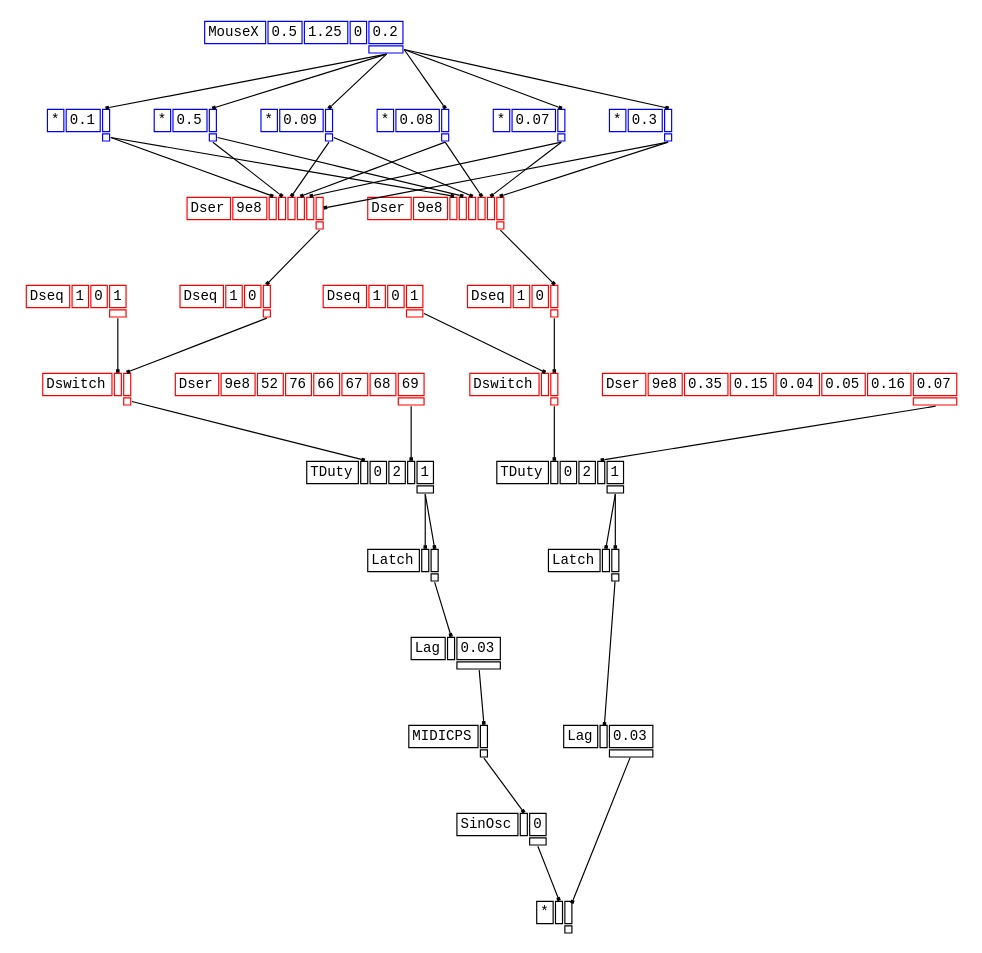
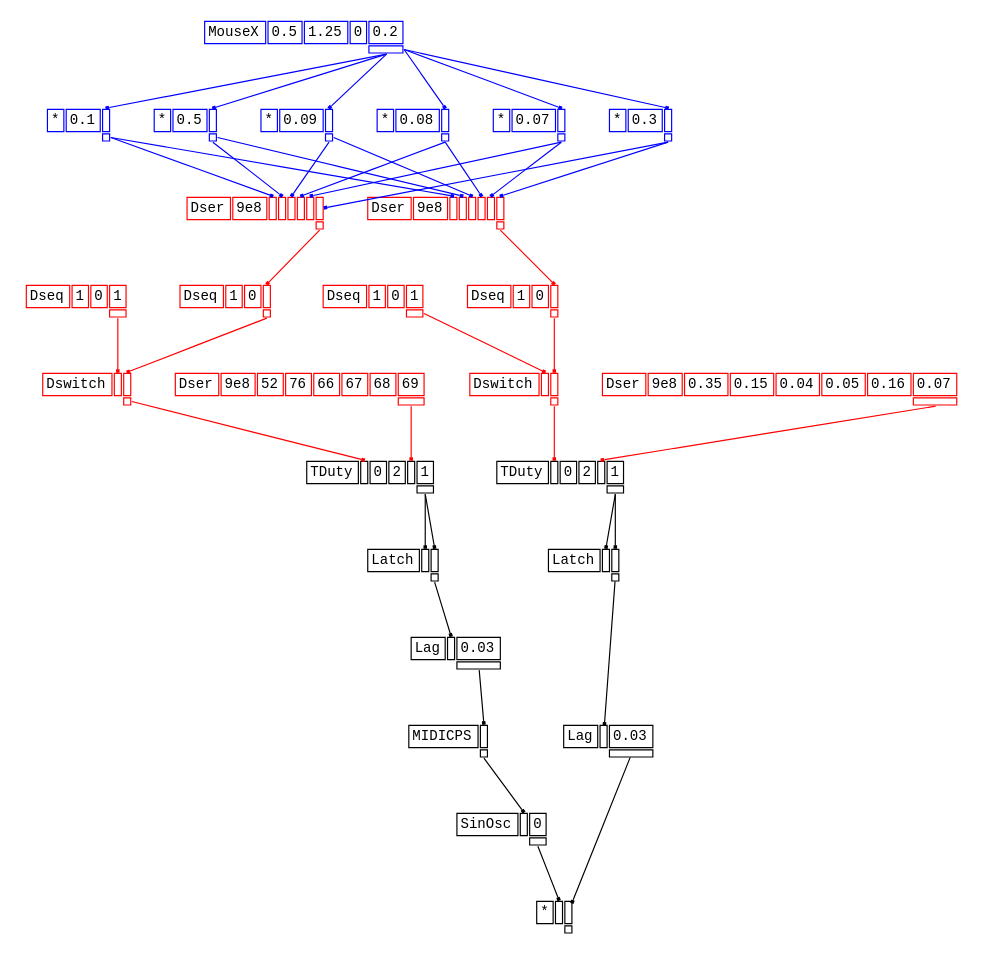
One commit to rd--/hsc3-graphs changed the diagram in dot/lg-timed.dot. Above: the diagram before and after it, drawn with Graphviz. The commit also changed 64 other files, not shown here.

```diff
--- a/dot/lg-timed.dot
+++ b/dot/lg-timed.dot
@@ -2,68 +2,68 @@
 graph [splines=false];
 node [fontsize=12,fontname="Courier"];
 edge [arrowhead=box,arrowsize=0.25];
-u_2[shape="plaintext",color="red",label=<<TABLE BORDER="0" CELLBORDER="1"><TR><TD>Dseq</TD><TD ID="u_2:K_0">1</TD><TD ID="u_2:K_1">0</TD><TD ID="u_2:K_2">1</TD></TR><TR><TD BORDER="0"></TD><TD BORDER="0"></TD><TD BORDER="0"></TD><TD PORT="o_0" ID="u_2:o_0"></TD></TR></TABLE>>];
-u_8[shape="plaintext",color="blue",label=<<TABLE BORDER="0" CELLBORDER="1"><TR><TD>MouseX</TD><TD ID="u_8:K_0">0.5</TD><TD ID="u_8:K_1">1.25</TD><TD ID="u_8:K_2">0</TD><TD ID="u_8:K_3">0.2</TD></TR><TR><TD BORDER="0"></TD><TD BORDER="0"></TD><TD BORDER="0"></TD><TD BORDER="0"></TD><TD PORT="o_0" ID="u_8:o_0"></TD></TR></TABLE>>];
-u_9[shape="plaintext",color="blue",label=<<TABLE BORDER="0" CELLBORDER="1"><TR><TD>*</TD><TD ID="u_9:K_0">0.1</TD><TD PORT="i_1" ID="u_9:i_1"></TD></TR><TR><TD BORDER="0"></TD><TD BORDER="0"></TD><TD PORT="o_0" ID="u_9:o_0"></TD></TR></TABLE>>];
-u_10[shape="plaintext",color="blue",label=<<TABLE BORDER="0" CELLBORDER="1"><TR><TD>*</TD><TD ID="u_10:K_0">0.5</TD><TD PORT="i_1" ID="u_10:i_1"></TD></TR><TR><TD BORDER="0"></TD><TD BORDER="0"></TD><TD PORT="o_0" ID="u_10:o_0"></TD></TR></TABLE>>];
-u_12[shape="plaintext",color="blue",label=<<TABLE BORDER="0" CELLBORDER="1"><TR><TD>*</TD><TD ID="u_12:K_0">0.09</TD><TD PORT="i_1" ID="u_12:i_1"></TD></TR><TR><TD BORDER="0"></TD><TD BORDER="0"></TD><TD PORT="o_0" ID="u_12:o_0"></TD></TR></TABLE>>];
-u_14[shape="plaintext",color="blue",label=<<TABLE BORDER="0" CELLBORDER="1"><TR><TD>*</TD><TD ID="u_14:K_0">0.08</TD><TD PORT="i_1" ID="u_14:i_1"></TD></TR><TR><TD BORDER="0"></TD><TD BORDER="0"></TD><TD PORT="o_0" ID="u_14:o_0"></TD></TR></TABLE>>];
-u_16[shape="plaintext",color="blue",label=<<TABLE BORDER="0" CELLBORDER="1"><TR><TD>*</TD><TD ID="u_16:K_0">0.07</TD><TD PORT="i_1" ID="u_16:i_1"></TD></TR><TR><TD BORDER="0"></TD><TD BORDER="0"></TD><TD PORT="o_0" ID="u_16:o_0"></TD></TR></TABLE>>];
-u_18[shape="plaintext",color="blue",label=<<TABLE BORDER="0" CELLBORDER="1"><TR><TD>*</TD><TD ID="u_18:K_0">0.3</TD><TD PORT="i_1" ID="u_18:i_1"></TD></TR><TR><TD BORDER="0"></TD><TD BORDER="0"></TD><TD PORT="o_0" ID="u_18:o_0"></TD></TR></TABLE>>];
-u_19[shape="plaintext",color="red",label=<<TABLE BORDER="0" CELLBORDER="1"><TR><TD>Dser</TD><TD ID="u_19:K_0">9e8</TD><TD PORT="i_1" ID="u_19:i_1"></TD><TD PORT="i_2" ID="u_19:i_2"></TD><TD PORT="i_3" ID="u_19:i_3"></TD><TD PORT="i_4" ID="u_19:i_4"></TD><TD PORT="i_5" ID="u_19:i_5"></TD><TD PORT="i_6" ID="u_19:i_6"></TD></TR><TR><TD BORDER="0"></TD><TD BORDER="0"></TD><TD BORDER="0"></TD><TD BORDER="0"></TD><TD BORDER="0"></TD><TD BORDER="0"></TD><TD BORDER="0"></TD><TD PORT="o_0" ID="u_19:o_0"></TD></TR></TABLE>>];
-u_20[shape="plaintext",color="red",label=<<TABLE BORDER="0" CELLBORDER="1"><TR><TD>Dseq</TD><TD ID="u_20:K_0">1</TD><TD ID="u_20:K_1">0</TD><TD PORT="i_2" ID="u_20:i_2"></TD></TR><TR><TD BORDER="0"></TD><TD BORDER="0"></TD><TD BORDER="0"></TD><TD PORT="o_0" ID="u_20:o_0"></TD></TR></TABLE>>];
-u_21[shape="plaintext",color="red",label=<<TABLE BORDER="0" CELLBORDER="1"><TR><TD>Dswitch</TD><TD PORT="i_0" ID="u_21:i_0"></TD><TD PORT="i_1" ID="u_21:i_1"></TD></TR><TR><TD BORDER="0"></TD><TD BORDER="0"></TD><TD PORT="o_0" ID="u_21:o_0"></TD></TR></TABLE>>];
-u_29[shape="plaintext",color="red",label=<<TABLE BORDER="0" CELLBORDER="1"><TR><TD>Dser</TD><TD ID="u_29:K_0">9e8</TD><TD ID="u_29:K_1">52</TD><TD ID="u_29:K_2">76</TD><TD ID="u_29:K_3">66</TD><TD ID="u_29:K_4">67</TD><TD ID="u_29:K_5">68</TD><TD ID="u_29:K_6">69</TD></TR><TR><TD BORDER="0"></TD><TD BORDER="0"></TD><TD BORDER="0"></TD><TD BORDER="0"></TD><TD BORDER="0"></TD><TD BORDER="0"></TD><TD BORDER="0"></TD><TD PORT="o_0" ID="u_29:o_0"></TD></TR></TABLE>>];
-u_30[shape="plaintext",color="black",label=<<TABLE BORDER="0" CELLBORDER="1"><TR><TD>TDuty</TD><TD PORT="i_0" ID="u_30:i_0"></TD><TD ID="u_30:K_1">0</TD><TD ID="u_30:K_2">2</TD><TD PORT="i_3" ID="u_30:i_3"></TD><TD ID="u_30:K_4">1</TD></TR><TR><TD BORDER="0"></TD><TD BORDER="0"></TD><TD BORDER="0"></TD><TD BORDER="0"></TD><TD BORDER="0"></TD><TD PORT="o_0" ID="u_30:o_0"></TD></TR></TABLE>>];
-u_31[shape="plaintext",color="black",label=<<TABLE BORDER="0" CELLBORDER="1"><TR><TD>Latch</TD><TD PORT="i_0" ID="u_31:i_0"></TD><TD PORT="i_1" ID="u_31:i_1"></TD></TR><TR><TD BORDER="0"></TD><TD BORDER="0"></TD><TD PORT="o_0" ID="u_31:o_0"></TD></TR></TABLE>>];
-u_33[shape="plaintext",color="black",label=<<TABLE BORDER="0" CELLBORDER="1"><TR><TD>Lag</TD><TD PORT="i_0" ID="u_33:i_0"></TD><TD ID="u_33:K_1">0.03</TD></TR><TR><TD BORDER="0"></TD><TD BORDER="0"></TD><TD PORT="o_0" ID="u_33:o_0"></TD></TR></TABLE>>];
-u_34[shape="plaintext",color="black",label=<<TABLE BORDER="0" CELLBORDER="1"><TR><TD>MIDICPS</TD><TD PORT="i_0" ID="u_34:i_0"></TD></TR><TR><TD BORDER="0"></TD><TD PORT="o_0" ID="u_34:o_0"></TD></TR></TABLE>>];
-u_35[shape="plaintext",color="black",label=<<TABLE BORDER="0" CELLBORDER="1"><TR><TD>SinOsc</TD><TD PORT="i_0" ID="u_35:i_0"></TD><TD ID="u_35:K_1">0</TD></TR><TR><TD BORDER="0"></TD><TD BORDER="0"></TD><TD PORT="o_0" ID="u_35:o_0"></TD></TR></TABLE>>];
-u_36[shape="plaintext",color="red",label=<<TABLE BORDER="0" CELLBORDER="1"><TR><TD>Dseq</TD><TD ID="u_36:K_0">1</TD><TD ID="u_36:K_1">0</TD><TD ID="u_36:K_2">1</TD></TR><TR><TD BORDER="0"></TD><TD BORDER="0"></TD><TD BORDER="0"></TD><TD PORT="o_0" ID="u_36:o_0"></TD></TR></TABLE>>];
-u_37[shape="plaintext",color="red",label=<<TABLE BORDER="0" CELLBORDER="1"><TR><TD>Dser</TD><TD ID="u_37:K_0">9e8</TD><TD PORT="i_1" ID="u_37:i_1"></TD><TD PORT="i_2" ID="u_37:i_2"></TD><TD PORT="i_3" ID="u_37:i_3"></TD><TD PORT="i_4" ID="u_37:i_4"></TD><TD PORT="i_5" ID="u_37:i_5"></TD><TD PORT="i_6" ID="u_37:i_6"></TD></TR><TR><TD BORDER="0"></TD><TD BORDER="0"></TD><TD BORDER="0"></TD><TD BORDER="0"></TD><TD BORDER="0"></TD><TD BORDER="0"></TD><TD BORDER="0"></TD><TD PORT="o_0" ID="u_37:o_0"></TD></TR></TABLE>>];
-u_38[shape="plaintext",color="red",label=<<TABLE BORDER="0" CELLBORDER="1"><TR><TD>Dseq</TD><TD ID="u_38:K_0">1</TD><TD ID="u_38:K_1">0</TD><TD PORT="i_2" ID="u_38:i_2"></TD></TR><TR><TD BORDER="0"></TD><TD BORDER="0"></TD><TD BORDER="0"></TD><TD PORT="o_0" ID="u_38:o_0"></TD></TR></TABLE>>];
-u_39[shape="plaintext",color="red",label=<<TABLE BORDER="0" CELLBORDER="1"><TR><TD>Dswitch</TD><TD PORT="i_0" ID="u_39:i_0"></TD><TD PORT="i_1" ID="u_39:i_1"></TD></TR><TR><TD BORDER="0"></TD><TD BORDER="0"></TD><TD PORT="o_0" ID="u_39:o_0"></TD></TR></TABLE>>];
-u_45[shape="plaintext",color="red",label=<<TABLE BORDER="0" CELLBORDER="1"><TR><TD>Dser</TD><TD ID="u_45:K_0">9e8</TD><TD ID="u_45:K_1">0.35</TD><TD ID="u_45:K_2">0.15</TD><TD ID="u_45:K_3">0.04</TD><TD ID="u_45:K_4">0.05</TD><TD ID="u_45:K_5">0.16</TD><TD ID="u_45:K_6">0.07</TD></TR><TR><TD BORDER="0"></TD><TD BORDER="0"></TD><TD BORDER="0"></TD><TD BORDER="0"></TD><TD BORDER="0"></TD><TD BORDER="0"></TD><TD BORDER="0"></TD><TD PORT="o_0" ID="u_45:o_0"></TD></TR></TABLE>>];
-u_46[shape="plaintext",color="black",label=<<TABLE BORDER="0" CELLBORDER="1"><TR><TD>TDuty</TD><TD PORT="i_0" ID="u_46:i_0"></TD><TD ID="u_46:K_1">0</TD><TD ID="u_46:K_2">2</TD><TD PORT="i_3" ID="u_46:i_3"></TD><TD ID="u_46:K_4">1</TD></TR><TR><TD BORDER="0"></TD><TD BORDER="0"></TD><TD BORDER="0"></TD><TD BORDER="0"></TD><TD BORDER="0"></TD><TD PORT="o_0" ID="u_46:o_0"></TD></TR></TABLE>>];
-u_47[shape="plaintext",color="black",label=<<TABLE BORDER="0" CELLBORDER="1"><TR><TD>Latch</TD><TD PORT="i_0" ID="u_47:i_0"></TD><TD PORT="i_1" ID="u_47:i_1"></TD></TR><TR><TD BORDER="0"></TD><TD BORDER="0"></TD><TD PORT="o_0" ID="u_47:o_0"></TD></TR></TABLE>>];
-u_48[shape="plaintext",color="black",label=<<TABLE BORDER="0" CELLBORDER="1"><TR><TD>Lag</TD><TD PORT="i_0" ID="u_48:i_0"></TD><TD ID="u_48:K_1">0.03</TD></TR><TR><TD BORDER="0"></TD><TD BORDER="0"></TD><TD PORT="o_0" ID="u_48:o_0"></TD></TR></TABLE>>];
-u_49[shape="plaintext",color="black",label=<<TABLE BORDER="0" CELLBORDER="1"><TR><TD>*</TD><TD PORT="i_0" ID="u_49:i_0"></TD><TD PORT="i_1" ID="u_49:i_1"></TD></TR><TR><TD BORDER="0"></TD><TD BORDER="0"></TD><TD PORT="o_0" ID="u_49:o_0"></TD></TR></TABLE>>];
-u_8:o_0 -> u_9:i_1;
-u_8:o_0 -> u_10:i_1;
-u_8:o_0 -> u_12:i_1;
-u_8:o_0 -> u_14:i_1;
-u_8:o_0 -> u_16:i_1;
-u_8:o_0 -> u_18:i_1;
-u_9:o_0 -> u_19:i_1;
-u_10:o_0 -> u_19:i_2;
-u_12:o_0 -> u_19:i_3;
-u_14:o_0 -> u_19:i_4;
-u_16:o_0 -> u_19:i_5;
-u_18:o_0 -> u_19:i_6;
-u_19:o_0 -> u_20:i_2;
-u_2:o_0 -> u_21:i_0;
-u_20:o_0 -> u_21:i_1;
-u_21:o_0 -> u_30:i_0;
-u_29:o_0 -> u_30:i_3;
-u_30:o_0 -> u_31:i_0;
-u_30:o_0 -> u_31:i_1;
-u_31:o_0 -> u_33:i_0;
-u_33:o_0 -> u_34:i_0;
-u_34:o_0 -> u_35:i_0;
-u_9:o_0 -> u_37:i_1;
-u_10:o_0 -> u_37:i_2;
-u_12:o_0 -> u_37:i_3;
-u_14:o_0 -> u_37:i_4;
-u_16:o_0 -> u_37:i_5;
-u_18:o_0 -> u_37:i_6;
-u_37:o_0 -> u_38:i_2;
-u_36:o_0 -> u_39:i_0;
-u_38:o_0 -> u_39:i_1;
-u_39:o_0 -> u_46:i_0;
-u_45:o_0 -> u_46:i_3;
-u_46:o_0 -> u_47:i_0;
-u_46:o_0 -> u_47:i_1;
-u_47:o_0 -> u_48:i_0;
-u_35:o_0 -> u_49:i_0;
-u_48:o_0 -> u_49:i_1;
+u_2 [shape="plaintext",color="red",label=<<TABLE BORDER="0" CELLBORDER="1"><TR><TD>Dseq</TD><TD>1</TD><TD>0</TD><TD>1</TD></TR><TR><TD BORDER="0"></TD><TD BORDER="0"></TD><TD BORDER="0"></TD><TD PORT="o_0"></TD></TR></TABLE>>];
+u_8 [shape="plaintext",color="blue",label=<<TABLE BORDER="0" CELLBORDER="1"><TR><TD>MouseX</TD><TD>0.5</TD><TD>1.25</TD><TD>0</TD><TD>0.2</TD></TR><TR><TD BORDER="0"></TD><TD BORDER="0"></TD><TD BORDER="0"></TD><TD BORDER="0"></TD><TD PORT="o_0"></TD></TR></TABLE>>];
+u_9 [shape="plaintext",color="blue",label=<<TABLE BORDER="0" CELLBORDER="1"><TR><TD>*</TD><TD>0.1</TD><TD PORT="i_1"></TD></TR><TR><TD BORDER="0"></TD><TD BORDER="0"></TD><TD PORT="o_0"></TD></TR></TABLE>>];
+u_10 [shape="plaintext",color="blue",label=<<TABLE BORDER="0" CELLBORDER="1"><TR><TD>*</TD><TD>0.5</TD><TD PORT="i_1"></TD></TR><TR><TD BORDER="0"></TD><TD BORDER="0"></TD><TD PORT="o_0"></TD></TR></TABLE>>];
+u_12 [shape="plaintext",color="blue",label=<<TABLE BORDER="0" CELLBORDER="1"><TR><TD>*</TD><TD>0.09</TD><TD PORT="i_1"></TD></TR><TR><TD BORDER="0"></TD><TD BORDER="0"></TD><TD PORT="o_0"></TD></TR></TABLE>>];
+u_14 [shape="plaintext",color="blue",label=<<TABLE BORDER="0" CELLBORDER="1"><TR><TD>*</TD><TD>0.08</TD><TD PORT="i_1"></TD></TR><TR><TD BORDER="0"></TD><TD BORDER="0"></TD><TD PORT="o_0"></TD></TR></TABLE>>];
+u_16 [shape="plaintext",color="blue",label=<<TABLE BORDER="0" CELLBORDER="1"><TR><TD>*</TD><TD>0.07</TD><TD PORT="i_1"></TD></TR><TR><TD BORDER="0"></TD><TD BORDER="0"></TD><TD PORT="o_0"></TD></TR></TABLE>>];
+u_18 [shape="plaintext",color="blue",label=<<TABLE BORDER="0" CELLBORDER="1"><TR><TD>*</TD><TD>0.3</TD><TD PORT="i_1"></TD></TR><TR><TD BORDER="0"></TD><TD BORDER="0"></TD><TD PORT="o_0"></TD></TR></TABLE>>];
+u_19 [shape="plaintext",color="red",label=<<TABLE BORDER="0" CELLBORDER="1"><TR><TD>Dser</TD><TD>9e8</TD><TD PORT="i_1"></TD><TD PORT="i_2"></TD><TD PORT="i_3"></TD><TD PORT="i_4"></TD><TD PORT="i_5"></TD><TD PORT="i_6"></TD></TR><TR><TD BORDER="0"></TD><TD BORDER="0"></TD><TD BORDER="0"></TD><TD BORDER="0"></TD><TD BORDER="0"></TD><TD BORDER="0"></TD><TD BORDER="0"></TD><TD PORT="o_0"></TD></TR></TABLE>>];
+u_20 [shape="plaintext",color="red",label=<<TABLE BORDER="0" CELLBORDER="1"><TR><TD>Dseq</TD><TD>1</TD><TD>0</TD><TD PORT="i_2"></TD></TR><TR><TD BORDER="0"></TD><TD BORDER="0"></TD><TD BORDER="0"></TD><TD PORT="o_0"></TD></TR></TABLE>>];
+u_21 [shape="plaintext",color="red",label=<<TABLE BORDER="0" CELLBORDER="1"><TR><TD>Dswitch</TD><TD PORT="i_0"></TD><TD PORT="i_1"></TD></TR><TR><TD BORDER="0"></TD><TD BORDER="0"></TD><TD PORT="o_0"></TD></TR></TABLE>>];
+u_29 [shape="plaintext",color="red",label=<<TABLE BORDER="0" CELLBORDER="1"><TR><TD>Dser</TD><TD>9e8</TD><TD>52</TD><TD>76</TD><TD>66</TD><TD>67</TD><TD>68</TD><TD>69</TD></TR><TR><TD BORDER="0"></TD><TD BORDER="0"></TD><TD BORDER="0"></TD><TD BORDER="0"></TD><TD BORDER="0"></TD><TD BORDER="0"></TD><TD BORDER="0"></TD><TD PORT="o_0"></TD></TR></TABLE>>];
+u_30 [shape="plaintext",color="black",label=<<TABLE BORDER="0" CELLBORDER="1"><TR><TD>TDuty</TD><TD PORT="i_0"></TD><TD>0</TD><TD>2</TD><TD PORT="i_3"></TD><TD>1</TD></TR><TR><TD BORDER="0"></TD><TD BORDER="0"></TD><TD BORDER="0"></TD><TD BORDER="0"></TD><TD BORDER="0"></TD><TD PORT="o_0"></TD></TR></TABLE>>];
+u_31 [shape="plaintext",color="black",label=<<TABLE BORDER="0" CELLBORDER="1"><TR><TD>Latch</TD><TD PORT="i_0"></TD><TD PORT="i_1"></TD></TR><TR><TD BORDER="0"></TD><TD BORDER="0"></TD><TD PORT="o_0"></TD></TR></TABLE>>];
+u_33 [shape="plaintext",color="black",label=<<TABLE BORDER="0" CELLBORDER="1"><TR><TD>Lag</TD><TD PORT="i_0"></TD><TD>0.03</TD></TR><TR><TD BORDER="0"></TD><TD BORDER="0"></TD><TD PORT="o_0"></TD></TR></TABLE>>];
+u_34 [shape="plaintext",color="black",label=<<TABLE BORDER="0" CELLBORDER="1"><TR><TD>MIDICPS</TD><TD PORT="i_0"></TD></TR><TR><TD BORDER="0"></TD><TD PORT="o_0"></TD></TR></TABLE>>];
+u_35 [shape="plaintext",color="black",label=<<TABLE BORDER="0" CELLBORDER="1"><TR><TD>SinOsc</TD><TD PORT="i_0"></TD><TD>0</TD></TR><TR><TD BORDER="0"></TD><TD BORDER="0"></TD><TD PORT="o_0"></TD></TR></TABLE>>];
+u_36 [shape="plaintext",color="red",label=<<TABLE BORDER="0" CELLBORDER="1"><TR><TD>Dseq</TD><TD>1</TD><TD>0</TD><TD>1</TD></TR><TR><TD BORDER="0"></TD><TD BORDER="0"></TD><TD BORDER="0"></TD><TD PORT="o_0"></TD></TR></TABLE>>];
+u_37 [shape="plaintext",color="red",label=<<TABLE BORDER="0" CELLBORDER="1"><TR><TD>Dser</TD><TD>9e8</TD><TD PORT="i_1"></TD><TD PORT="i_2"></TD><TD PORT="i_3"></TD><TD PORT="i_4"></TD><TD PORT="i_5"></TD><TD PORT="i_6"></TD></TR><TR><TD BORDER="0"></TD><TD BORDER="0"></TD><TD BORDER="0"></TD><TD BORDER="0"></TD><TD BORDER="0"></TD><TD BORDER="0"></TD><TD BORDER="0"></TD><TD PORT="o_0"></TD></TR></TABLE>>];
+u_38 [shape="plaintext",color="red",label=<<TABLE BORDER="0" CELLBORDER="1"><TR><TD>Dseq</TD><TD>1</TD><TD>0</TD><TD PORT="i_2"></TD></TR><TR><TD BORDER="0"></TD><TD BORDER="0"></TD><TD BORDER="0"></TD><TD PORT="o_0"></TD></TR></TABLE>>];
+u_39 [shape="plaintext",color="red",label=<<TABLE BORDER="0" CELLBORDER="1"><TR><TD>Dswitch</TD><TD PORT="i_0"></TD><TD PORT="i_1"></TD></TR><TR><TD BORDER="0"></TD><TD BORDER="0"></TD><TD PORT="o_0"></TD></TR></TABLE>>];
+u_45 [shape="plaintext",color="red",label=<<TABLE BORDER="0" CELLBORDER="1"><TR><TD>Dser</TD><TD>9e8</TD><TD>0.35</TD><TD>0.15</TD><TD>0.04</TD><TD>0.05</TD><TD>0.16</TD><TD>0.07</TD></TR><TR><TD BORDER="0"></TD><TD BORDER="0"></TD><TD BORDER="0"></TD><TD BORDER="0"></TD><TD BORDER="0"></TD><TD BORDER="0"></TD><TD BORDER="0"></TD><TD PORT="o_0"></TD></TR></TABLE>>];
+u_46 [shape="plaintext",color="black",label=<<TABLE BORDER="0" CELLBORDER="1"><TR><TD>TDuty</TD><TD PORT="i_0"></TD><TD>0</TD><TD>2</TD><TD PORT="i_3"></TD><TD>1</TD></TR><TR><TD BORDER="0"></TD><TD BORDER="0"></TD><TD BORDER="0"></TD><TD BORDER="0"></TD><TD BORDER="0"></TD><TD PORT="o_0"></TD></TR></TABLE>>];
+u_47 [shape="plaintext",color="black",label=<<TABLE BORDER="0" CELLBORDER="1"><TR><TD>Latch</TD><TD PORT="i_0"></TD><TD PORT="i_1"></TD></TR><TR><TD BORDER="0"></TD><TD BORDER="0"></TD><TD PORT="o_0"></TD></TR></TABLE>>];
+u_48 [shape="plaintext",color="black",label=<<TABLE BORDER="0" CELLBORDER="1"><TR><TD>Lag</TD><TD PORT="i_0"></TD><TD>0.03</TD></TR><TR><TD BORDER="0"></TD><TD BORDER="0"></TD><TD PORT="o_0"></TD></TR></TABLE>>];
+u_49 [shape="plaintext",color="black",label=<<TABLE BORDER="0" CELLBORDER="1"><TR><TD>*</TD><TD PORT="i_0"></TD><TD PORT="i_1"></TD></TR><TR><TD BORDER="0"></TD><TD BORDER="0"></TD><TD PORT="o_0"></TD></TR></TABLE>>];
+u_8:o_0 -> u_9:i_1 [color=blue];
+u_8:o_0 -> u_10:i_1 [color=blue];
+u_8:o_0 -> u_12:i_1 [color=blue];
+u_8:o_0 -> u_14:i_1 [color=blue];
+u_8:o_0 -> u_16:i_1 [color=blue];
+u_8:o_0 -> u_18:i_1 [color=blue];
+u_9:o_0 -> u_19:i_1 [color=blue];
+u_10:o_0 -> u_19:i_2 [color=blue];
+u_12:o_0 -> u_19:i_3 [color=blue];
+u_14:o_0 -> u_19:i_4 [color=blue];
+u_16:o_0 -> u_19:i_5 [color=blue];
+u_18:o_0 -> u_19:i_6 [color=blue];
+u_19:o_0 -> u_20:i_2 [color=red];
+u_2:o_0 -> u_21:i_0 [color=red];
+u_20:o_0 -> u_21:i_1 [color=red];
+u_21:o_0 -> u_30:i_0 [color=red];
+u_29:o_0 -> u_30:i_3 [color=red];
+u_30:o_0 -> u_31:i_0 [color=black];
+u_30:o_0 -> u_31:i_1 [color=black];
+u_31:o_0 -> u_33:i_0 [color=black];
+u_33:o_0 -> u_34:i_0 [color=black];
+u_34:o_0 -> u_35:i_0 [color=black];
+u_9:o_0 -> u_37:i_1 [color=blue];
+u_10:o_0 -> u_37:i_2 [color=blue];
+u_12:o_0 -> u_37:i_3 [color=blue];
+u_14:o_0 -> u_37:i_4 [color=blue];
+u_16:o_0 -> u_37:i_5 [color=blue];
+u_18:o_0 -> u_37:i_6 [color=blue];
+u_37:o_0 -> u_38:i_2 [color=red];
+u_36:o_0 -> u_39:i_0 [color=red];
+u_38:o_0 -> u_39:i_1 [color=red];
+u_39:o_0 -> u_46:i_0 [color=red];
+u_45:o_0 -> u_46:i_3 [color=red];
+u_46:o_0 -> u_47:i_0 [color=black];
+u_46:o_0 -> u_47:i_1 [color=black];
+u_47:o_0 -> u_48:i_0 [color=black];
+u_35:o_0 -> u_49:i_0 [color=black];
+u_48:o_0 -> u_49:i_1 [color=black];
 }
```
